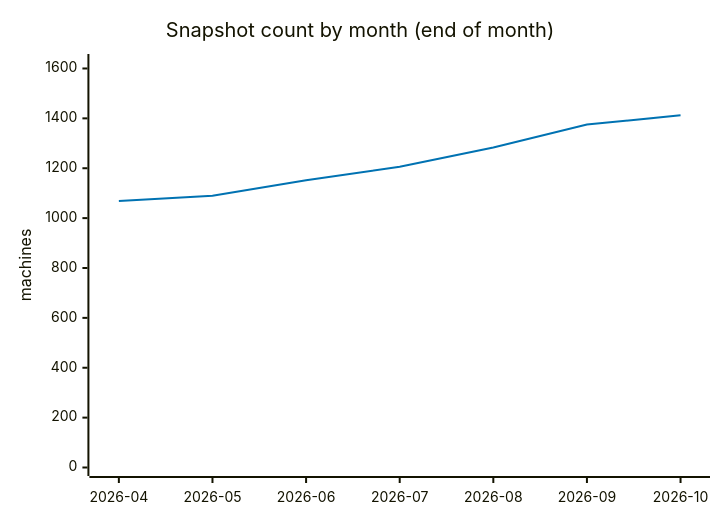
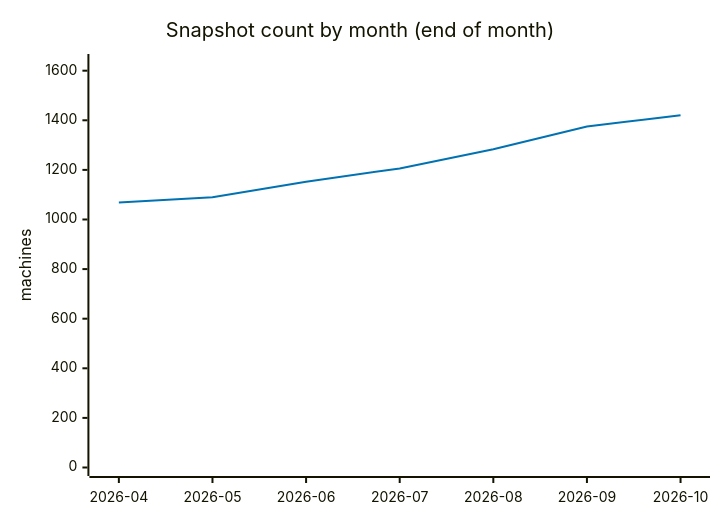
The fourth of 5 diagrams in ANALYSIS.md (cheeaun/returnright-data), drawn with Mermaid before and after one commit. The commit also changed other lines of this file and 4 other files, not shown here.

````diff
--- a/ANALYSIS.md
+++ b/ANALYSIS.md
@@ -249,13 +247,13 @@
 ```mermaid
 ---
 config:
   themeVariables:
     xyChart:
       plotColorPalette: "#0072B2"
 ---
 xychart-beta
     title "Snapshot count by month (end of month)"
     x-axis ["2026-04", "2026-05", "2026-06", "2026-07", "2026-08", "2026-09", "2026-10"]
-    y-axis "machines" 0 --> 1624
-    line [1069, 1090, 1152, 1206, 1283, 1375, 1412]
+    y-axis "machines" 0 --> 1633
+    line [1069, 1090, 1152, 1206, 1283, 1375, 1420]
 ```
````
